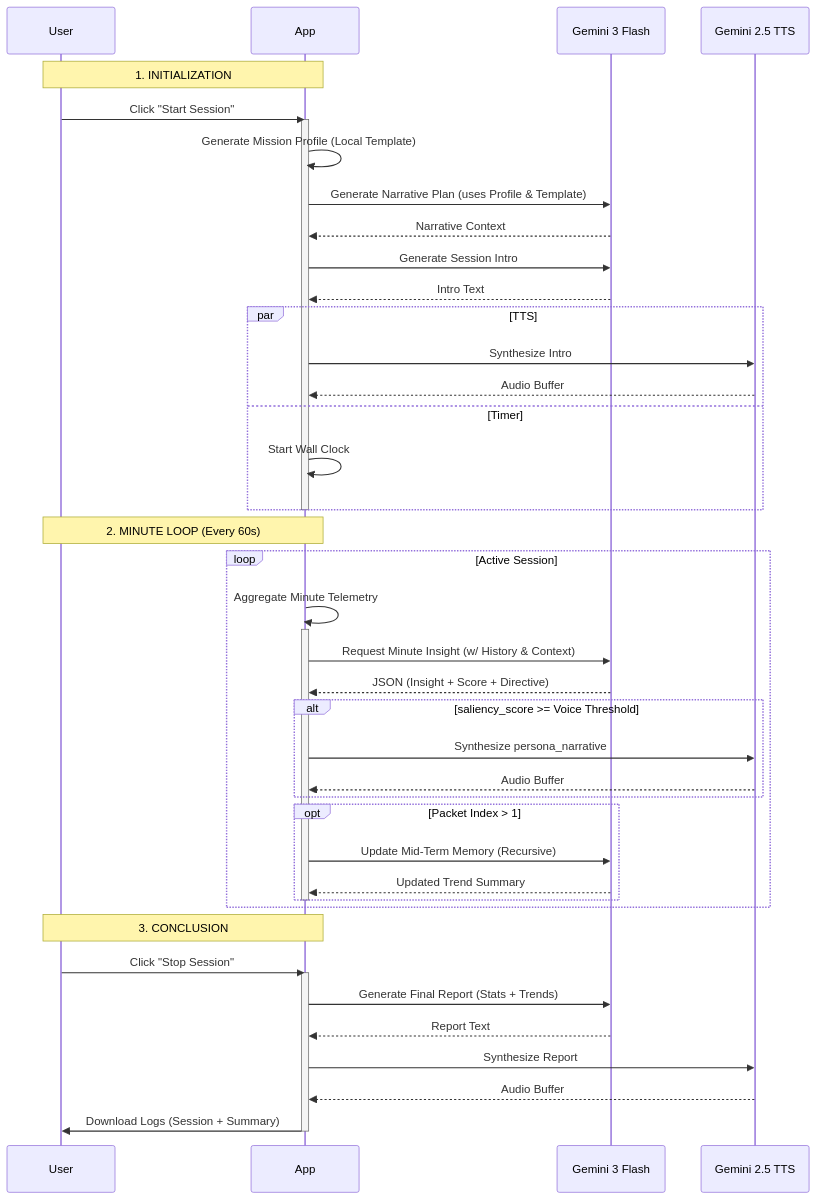
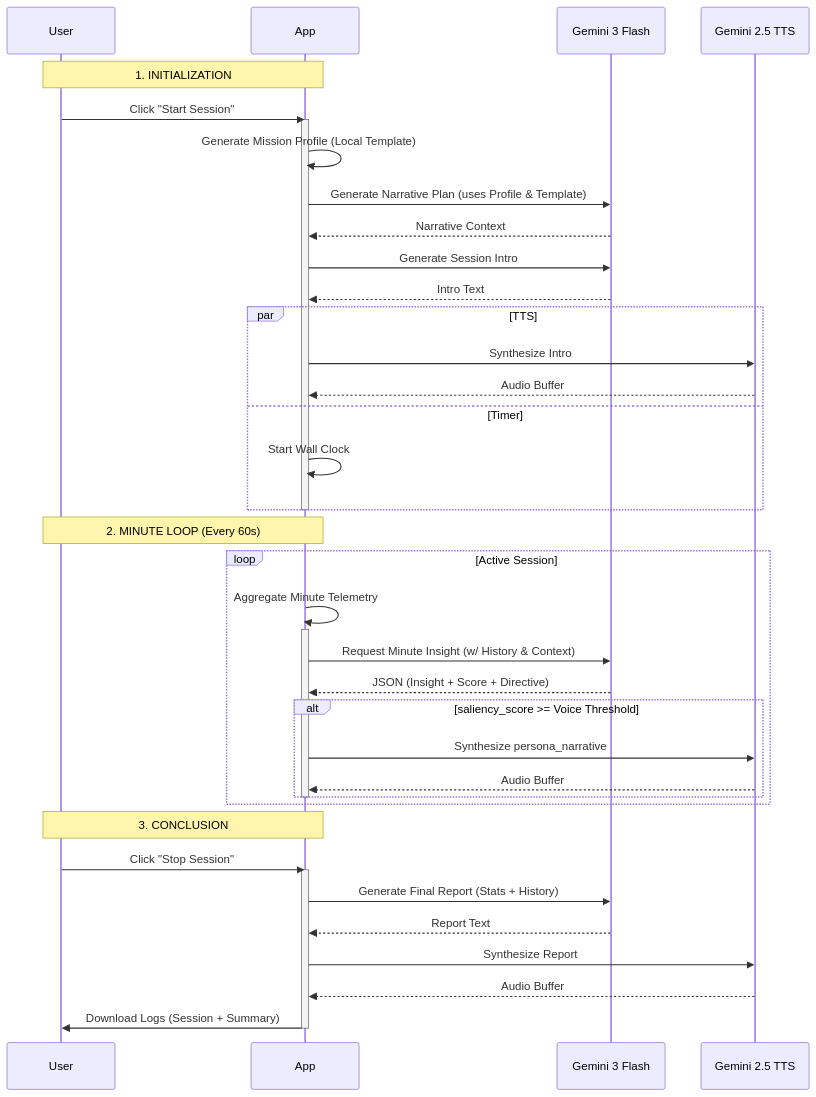
The diagram in llm.md (frogofprey/aahrm_vibe_proto), drawn with Mermaid before and after one commit. The commit also changed other lines of this file and 5 other files, not shown here.

````diff
--- a/llm.md
+++ b/llm.md
@@ -133,52 +122,47 @@
 ```mermaid
 sequenceDiagram
     participant User
     participant App
     participant Flash as Gemini 3 Flash
     participant TTS as Gemini 2.5 TTS
 
     Note over User, App: 1. INITIALIZATION
     User->>App: Click "Start Session"
     activate App
     App->>App: Generate Mission Profile (Local Template)
     App->>Flash: Generate Narrative Plan (uses Profile & Template)
     Flash-->>App: Narrative Context
     App->>Flash: Generate Session Intro
     Flash-->>App: Intro Text
     par TTS
         App->>TTS: Synthesize Intro
         TTS-->>App: Audio Buffer
     and Timer
         App->>App: Start Wall Clock
     end
     deactivate App
 
     Note over User, App: 2. MINUTE LOOP (Every 60s)
     loop Active Session
         App->>App: Aggregate Minute Telemetry
         activate App
         App->>Flash: Request Minute Insight (w/ History & Context)
         Flash-->>App: JSON (Insight + Score + Directive)
         
         alt saliency_score >= Voice Threshold
             App->>TTS: Synthesize persona_narrative
             TTS-->>App: Audio Buffer
         end
-        
-        opt Packet Index > 1
-            App->>Flash: Update Mid-Term Memory (Recursive)
-            Flash-->>App: Updated Trend Summary
-        end
         deactivate App
     end
 
     Note over User, App: 3. CONCLUSION
     User->>App: Click "Stop Session"
     activate App
-    App->>Flash: Generate Final Report (Stats + Trends)
+    App->>Flash: Generate Final Report (Stats + History)
     Flash-->>App: Report Text
     App->>TTS: Synthesize Report
     TTS-->>App: Audio Buffer
     App->>User: Download Logs (Session + Summary)
     deactivate App
 ```
````
